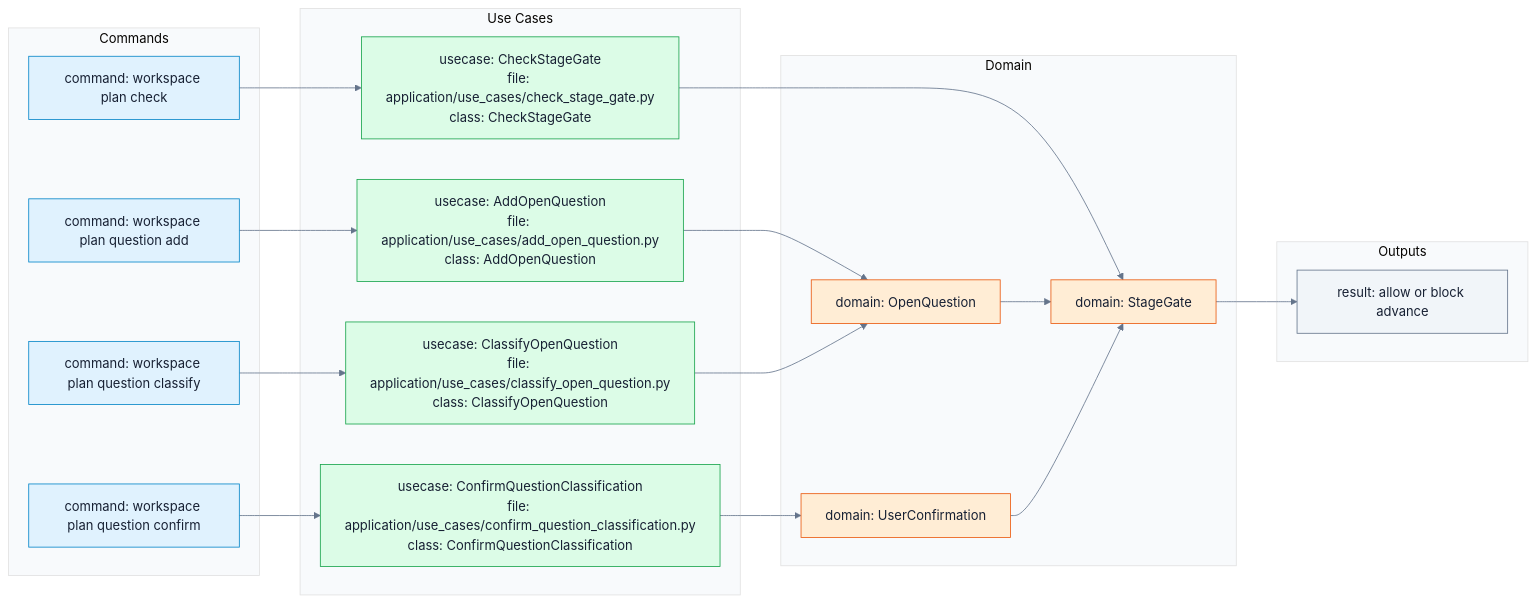
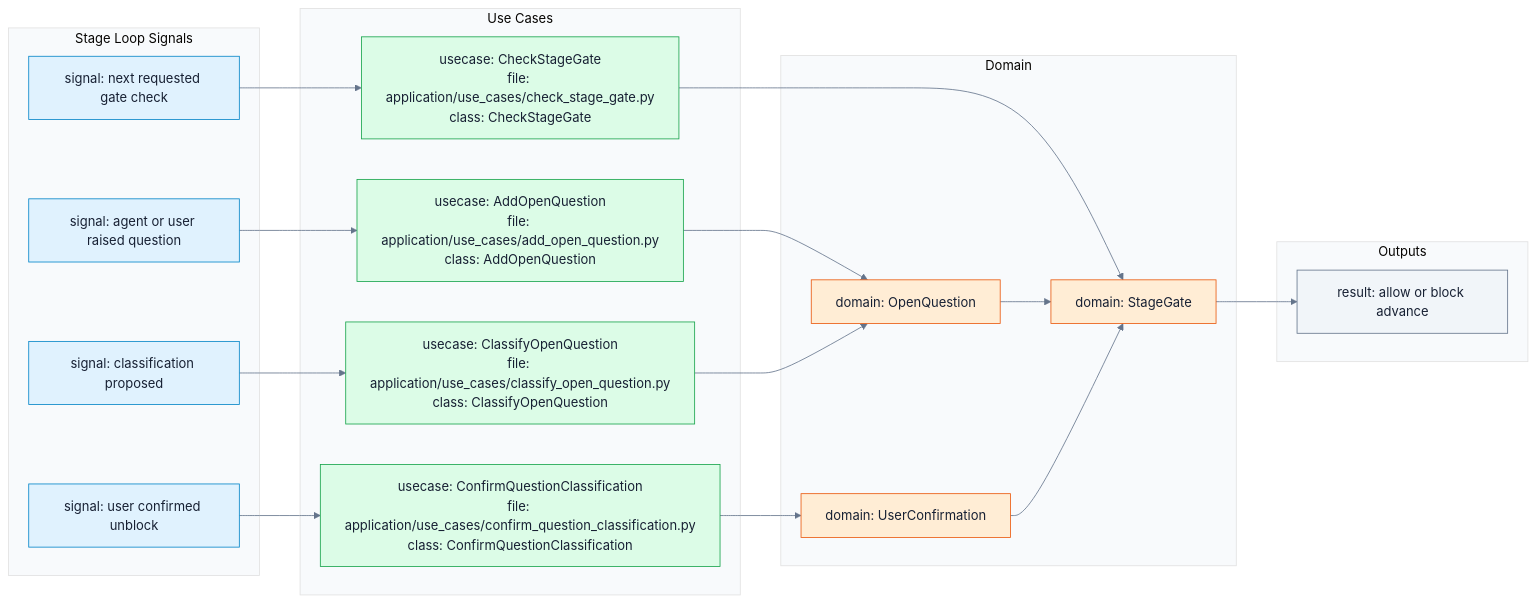
The first of 3 diagrams in .enclosure/plans/planning-workflow/epics/stage-gates-open-questions/SCHEMAS.md (9orky/enclosure), drawn with Mermaid before and after one commit. The commit also changed other lines of this file and 23 other files, not shown here.

````diff
--- a/.enclosure/plans/planning-workflow/epics/stage-gates-open-questions/SCHEMAS.md
+++ b/.enclosure/plans/planning-workflow/epics/stage-gates-open-questions/SCHEMAS.md
@@ -33,49 +33,49 @@
 ```mermaid
-%% contract: use_cases
+%% contract: flow
 %%{init: {"theme": "base", "themeVariables": {"primaryColor": "#e0f2fe", "primaryTextColor": "#172033", "primaryBorderColor": "#0284c7", "lineColor": "#64748b", "tertiaryColor": "#f8fafc"}}}%%
 flowchart LR
-    subgraph commands["Commands"]
-      cmd_add["command: workspace plan question add"]
-      cmd_classify["command: workspace plan question classify"]
-      cmd_confirm["command: workspace plan question confirm"]
-      cmd_check["command: workspace plan check"]
+    subgraph signals["Stage Loop Signals"]
+      signal_add["signal: agent or user raised question"]
+      signal_classify["signal: classification proposed"]
+      signal_confirm["signal: user confirmed unblock"]
+      signal_check["signal: next requested gate check"]
     end
 
     subgraph use_cases["Use Cases"]
       uc_add["usecase: AddOpenQuestion\nfile: application/use_cases/add_open_question.py\nclass: AddOpenQuestion"]
       uc_classify["usecase: ClassifyOpenQuestion\nfile: application/use_cases/classify_open_question.py\nclass: ClassifyOpenQuestion"]
       uc_confirm["usecase: ConfirmQuestionClassification\nfile: application/use_cases/confirm_question_classification.py\nclass: ConfirmQuestionClassification"]
       uc_gate["usecase: CheckStageGate\nfile: application/use_cases/check_stage_gate.py\nclass: CheckStageGate"]
     end
 
     subgraph domain_layer["Domain"]
       question["domain: OpenQuestion"]
       confirmation["domain: UserConfirmation"]
       gate["domain: StageGate"]
     end
 
     subgraph outputs["Outputs"]
       decision["result: allow or block advance"]
     end
 
-    cmd_add --> uc_add
-    cmd_classify --> uc_classify
-    cmd_confirm --> uc_confirm
-    cmd_check --> uc_gate
+    signal_add --> uc_add
+    signal_classify --> uc_classify
+    signal_confirm --> uc_confirm
+    signal_check --> uc_gate
     uc_add --> question
     uc_classify --> question
     uc_confirm --> confirmation
     uc_gate --> gate
     question --> gate
     confirmation --> gate
     gate --> decision
 
-    classDef command fill:#e0f2fe,stroke:#0284c7,color:#172033;
+    classDef signal fill:#e0f2fe,stroke:#0284c7,color:#172033;
     classDef usecase fill:#dcfce7,stroke:#16a34a,color:#172033;
     classDef domain fill:#ffedd5,stroke:#ea580c,color:#172033;
     classDef output fill:#f1f5f9,stroke:#64748b,color:#172033;
-    class cmd_add,cmd_classify,cmd_confirm,cmd_check command;
+    class signal_add,signal_classify,signal_confirm,signal_check signal;
     class uc_add,uc_classify,uc_confirm,uc_gate usecase;
     class question,confirmation,gate domain;
     class decision output;
 ```
````
